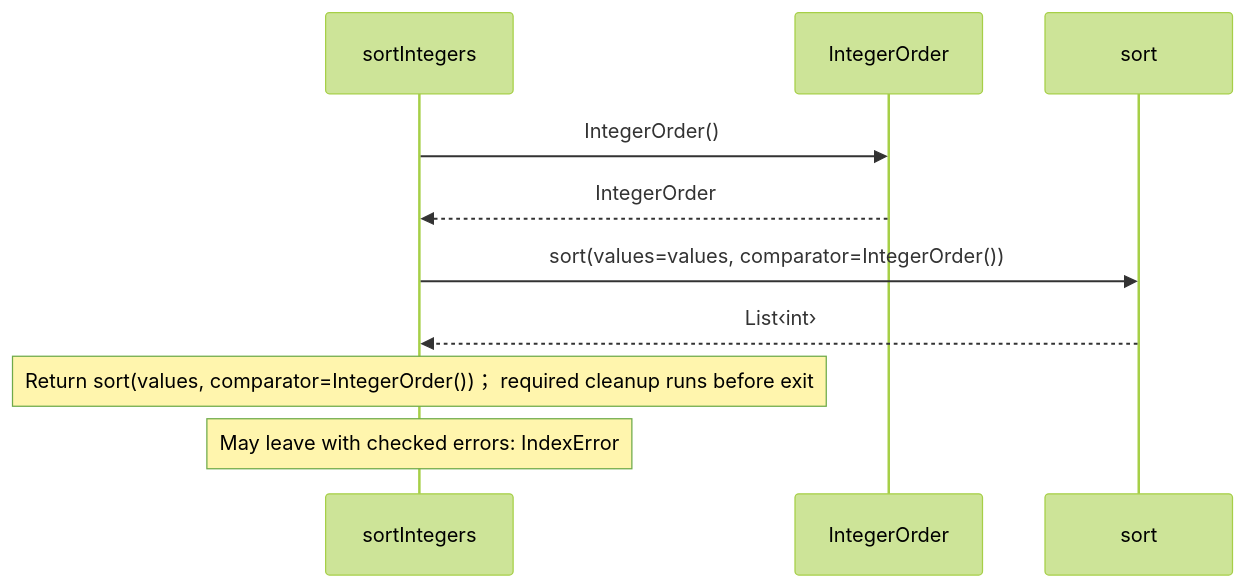
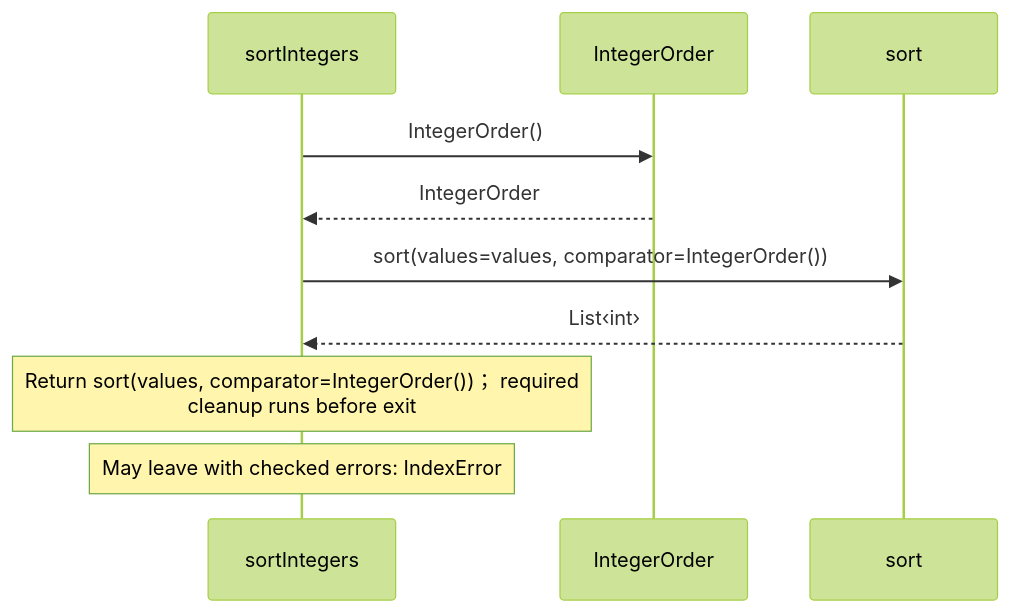
Diagram 11 of 12 in src/stdlib/collections/operations.aug.diagrams.md (GreenPandaStudios/augscript), drawn with Mermaid (forest theme) before and after one commit. The commit also changed other lines of this file and 200 other files, not shown here.

Commit message:
Group imported operations and wrap readable sequence messages

````diff
--- a/src/stdlib/collections/operations.aug.diagrams.md
+++ b/src/stdlib/collections/operations.aug.diagrams.md
@@ -345,12 +343,12 @@
 ```mermaid
 sequenceDiagram
     participant p0 as sortIntegers
     participant p1 as IntegerOrder
     participant p2 as sort
     p0->>p1: IntegerOrder()
     p1-->>p0: IntegerOrder
     p0->>p2: sort(values=values, comparator=IntegerOrder())
     p2-->>p0: List‹int›
-    Note over p0: Return sort(values, comparator=IntegerOrder())； required cleanup runs before exit
+    Note over p0: Return sort(values, comparator=IntegerOrder())； required<br/>cleanup runs before exit
     Note over p0: May leave with checked errors: IndexError
 ```
````
